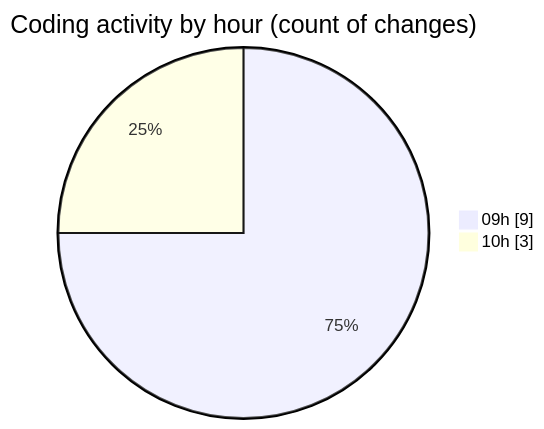
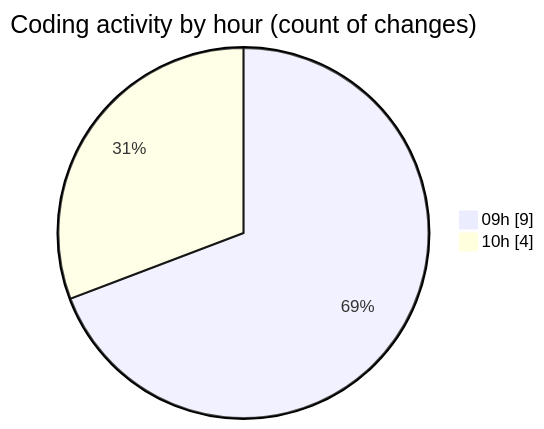
One commit to momahboobian/code-tracking changed the second of 2 diagrams in 2026-01-09/cda/README.md. Above: the diagram before and after it, drawn with Mermaid. The commit also changed other lines of this file and 1 other file, not shown here.

````diff
--- a/2026-01-09/cda/README.md
+++ b/2026-01-09/cda/README.md
@@ -31,6 +32,6 @@
 ```mermaid
 pie showData
 title Coding activity by hour (count of changes)
 "09h" : 9
-"10h" : 3
+"10h" : 4
 ```
````
